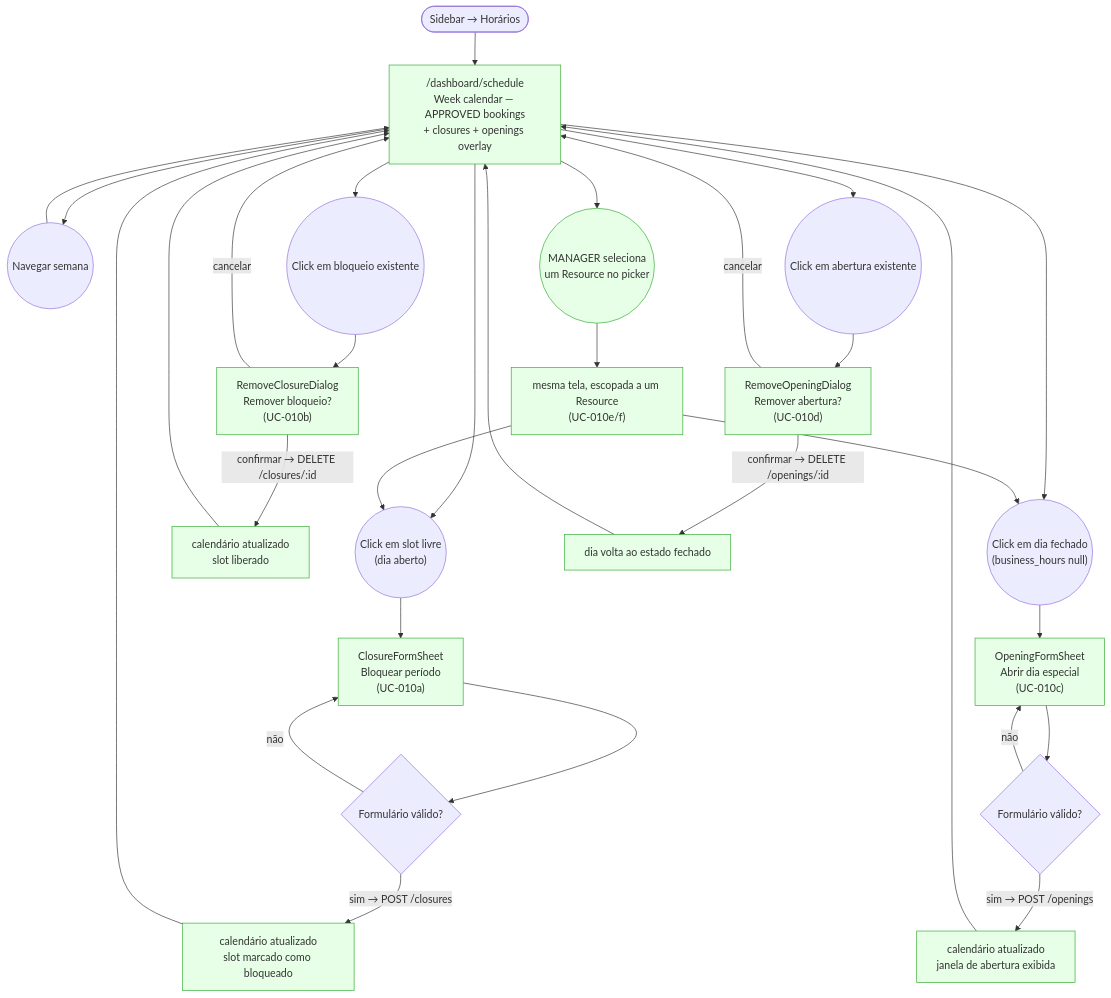
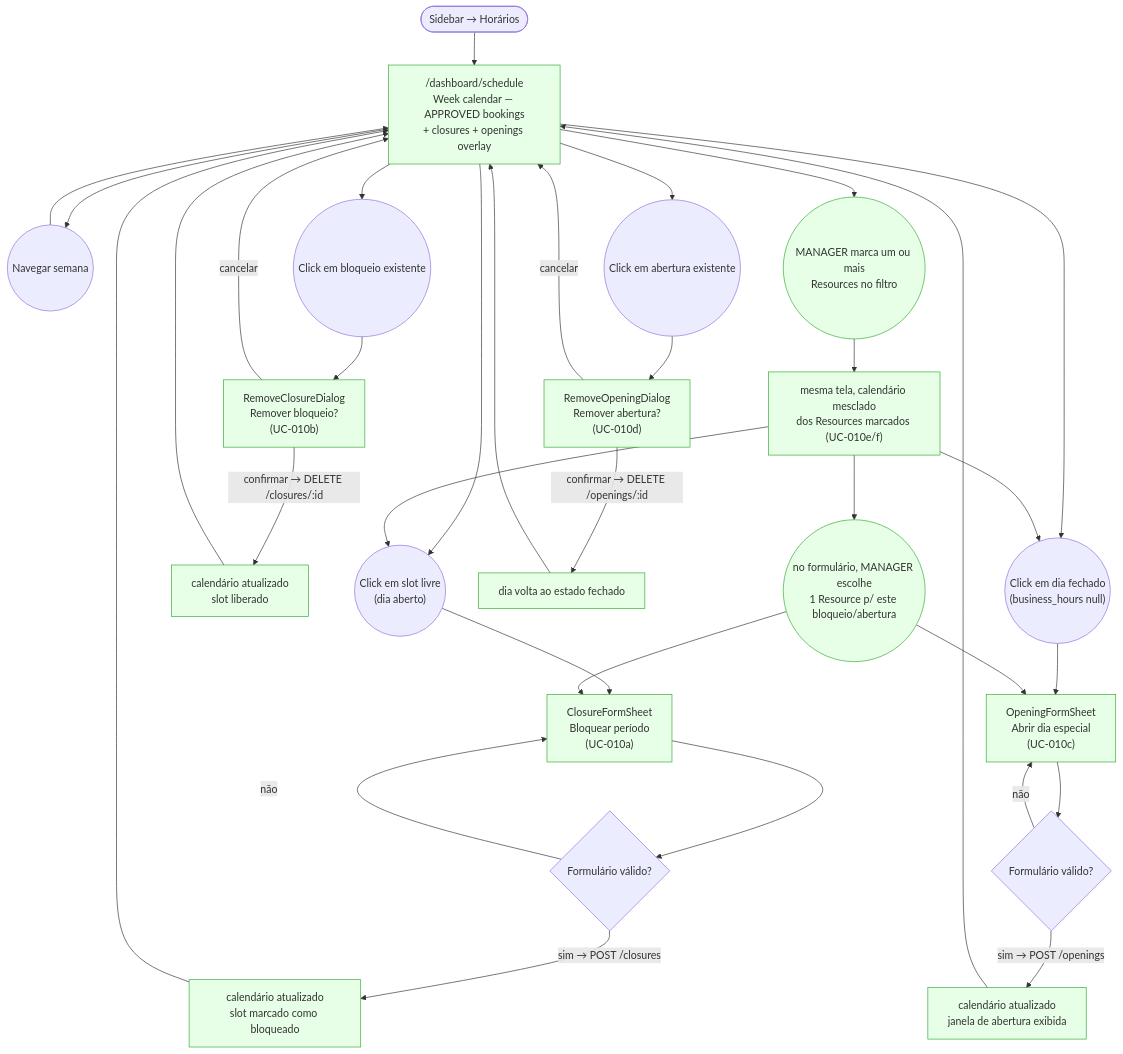
One commit to lmmoreira/ikaro changed the diagram in plan/journey/staff/horarios.md. Above: the diagram before and after it, drawn with Mermaid. The commit also changed other lines of this file and 32 other files, not shown here.

````diff
--- a/plan/journey/staff/horarios.md
+++ b/plan/journey/staff/horarios.md
@@ -10,46 +10,49 @@
 ```mermaid
 flowchart TD
     classDef existing fill:#e6ffe6,stroke:#3a3
     classDef gap stroke:#f00,stroke-dasharray: 5 5,fill:#fee
 
     Start(["Sidebar → Horários"]) --> Schedule["/dashboard/schedule<br/>Week calendar — APPROVED bookings<br/>+ closures + openings overlay"]
 
     Schedule --> WeekNav(("Navegar semana"))
     WeekNav --> Schedule
 
     Schedule --> ClickSlot(("Click em slot livre<br/>(dia aberto)"))
     ClickSlot --> ClosureSheet["ClosureFormSheet<br/>Bloquear período<br/>(UC-010a)"]
     ClosureSheet --> ClosureForm{"Formulário válido?"}
     ClosureForm -- não --> ClosureSheet
     ClosureForm -- sim → POST /closures --> ClosureSuccess["calendário atualizado<br/>slot marcado como bloqueado"]
     ClosureSuccess --> Schedule
 
     Schedule --> ClickClosure(("Click em bloqueio existente"))
     ClickClosure --> RemoveClosureSheet["RemoveClosureDialog<br/>Remover bloqueio?<br/>(UC-010b)"]
     RemoveClosureSheet -- cancelar --> Schedule
     RemoveClosureSheet -- confirmar → DELETE /closures/:id --> RemoveClosureSuccess["calendário atualizado<br/>slot liberado"]
     RemoveClosureSuccess --> Schedule
 
     Schedule --> ClickClosedDay(("Click em dia fechado<br/>(business_hours null)"))
     ClickClosedDay --> OpeningSheet["OpeningFormSheet<br/>Abrir dia especial<br/>(UC-010c)"]
     OpeningSheet --> OpeningForm{"Formulário válido?"}
     OpeningForm -- não --> OpeningSheet
     OpeningForm -- sim → POST /openings --> OpeningSuccess["calendário atualizado<br/>janela de abertura exibida"]
     OpeningSuccess --> Schedule
 
     Schedule --> ClickOpening(("Click em abertura existente"))
     ClickOpening --> RemoveOpeningSheet["RemoveOpeningDialog<br/>Remover abertura?<br/>(UC-010d)"]
     RemoveOpeningSheet -- cancelar --> Schedule
     RemoveOpeningSheet -- confirmar → DELETE /openings/:id --> RemoveOpeningSuccess["dia volta ao estado fechado"]
     RemoveOpeningSuccess --> Schedule
 
     class Schedule,ClosureSheet,ClosureSuccess,RemoveClosureSheet,RemoveClosureSuccess,OpeningSheet,OpeningSuccess,RemoveOpeningSheet,RemoveOpeningSuccess existing
 
     %% M21 Cluster 1 — resource-scoped extension (MANAGER-only, shipped M21-S05)
-    Schedule --> ResourcePick(("MANAGER seleciona<br/>um Resource no picker"))
-    ResourcePick --> ScheduleScoped["mesma tela, escopada a um Resource<br/>(UC-010e/f)"]
+    Schedule --> ResourceFilter(("MANAGER marca um ou mais<br/>Resources no filtro"))
+    ResourceFilter --> ScheduleScoped["mesma tela, calendário mesclado<br/>dos Resources marcados (UC-010e/f)"]
     ScheduleScoped --> ClickSlot
     ScheduleScoped --> ClickClosedDay
+    ScheduleScoped --> ResourceFieldPick(("no formulário, MANAGER escolhe<br/>1 Resource p/ este bloqueio/abertura"))
+    ResourceFieldPick --> ClosureSheet
+    ResourceFieldPick --> OpeningSheet
 
-    class ResourcePick,ScheduleScoped existing
+    class ResourceFilter,ScheduleScoped,ResourceFieldPick existing
 ```
````
